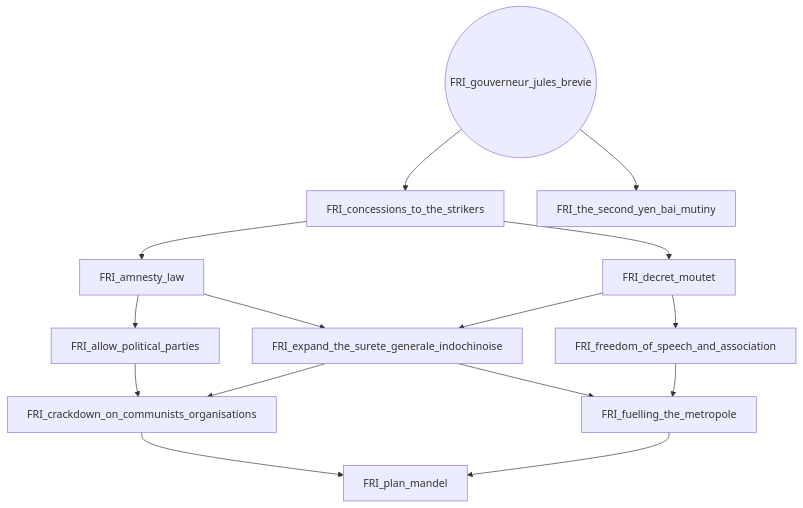
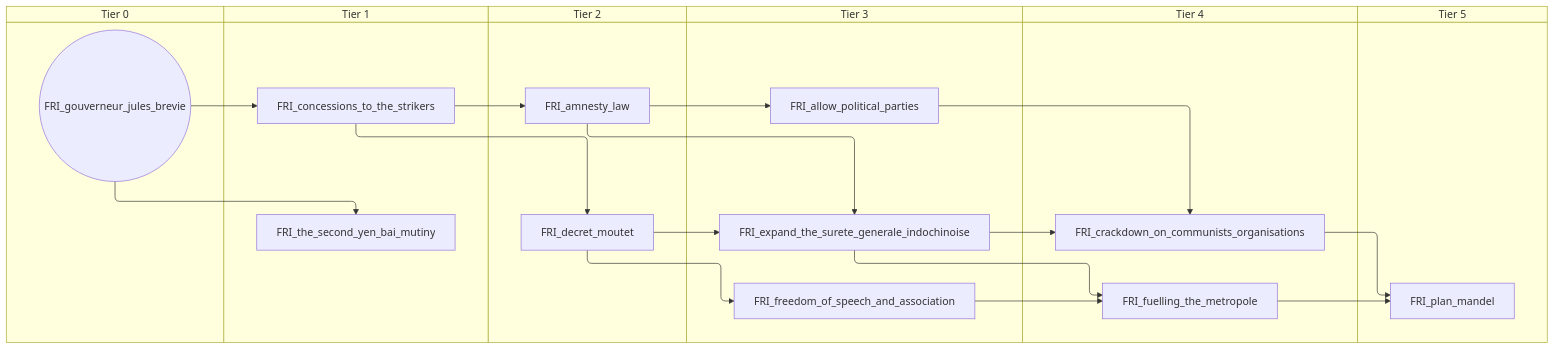
One commit to evgeny-sobol/hoi4-sandbox-mode-r56 changed the fourth of 6 diagrams in docs/gdd/National Focuses/FrenchIndochina.md. Above: the diagram before and after it, drawn with Mermaid. The commit also changed other lines of this file and 423 other files, not shown here.

First line of the commit message:
Re-export Rt56 focus trees as swimlane diagrams

````diff
--- a/docs/gdd/National Focuses/FrenchIndochina.md
+++ b/docs/gdd/National Focuses/FrenchIndochina.md
@@ -117,28 +157,40 @@
 ```mermaid
-flowchart TD
-    n38["FRI_allow_political_parties"]
-    n39["FRI_amnesty_law"]
-    n40["FRI_concessions_to_the_strikers"]
-    n41["FRI_crackdown_on_communists_organisations"]
-    n42["FRI_decret_moutet"]
-    n43["FRI_expand_the_surete_generale_indochinoise"]
-    n44["FRI_freedom_of_speech_and_association"]
-    n45["FRI_fuelling_the_metropole"]
-    n46(("FRI_gouverneur_jules_brevie"))
-    n47["FRI_plan_mandel"]
-    n48["FRI_the_second_yen_bai_mutiny"]
-    n39 --> n38
-    n40 --> n39
-    n46 --> n40
-    n43 --> n41
-    n38 --> n41
-    n40 --> n42
-    n39 --> n43
-    n42 --> n43
+swimlane-beta TD
+    subgraph tier_0["Tier 0"]
+        n38(("FRI_gouverneur_jules_brevie"))
+    end
+    subgraph tier_1["Tier 1"]
+        n39["FRI_concessions_to_the_strikers"]
+        n40["FRI_the_second_yen_bai_mutiny"]
+    end
+    subgraph tier_2["Tier 2"]
+        n41["FRI_amnesty_law"]
+        n42["FRI_decret_moutet"]
+    end
+    subgraph tier_3["Tier 3"]
+        n43["FRI_allow_political_parties"]
+        n44["FRI_expand_the_surete_generale_indochinoise"]
+        n45["FRI_freedom_of_speech_and_association"]
+    end
+    subgraph tier_4["Tier 4"]
+        n46["FRI_crackdown_on_communists_organisations"]
+        n47["FRI_fuelling_the_metropole"]
+    end
+    subgraph tier_5["Tier 5"]
+        n48["FRI_plan_mandel"]
+    end
+    n41 --> n43
+    n39 --> n41
+    n38 --> n39
+    n44 --> n46
+    n43 --> n46
+    n39 --> n42
+    n41 --> n44
     n42 --> n44
-    n43 --> n45
-    n44 --> n45
-    n41 --> n47
+    n42 --> n45
+    n44 --> n47
     n45 --> n47
     n46 --> n48
+    n47 --> n48
+    n38 --> n40
 ```
````
